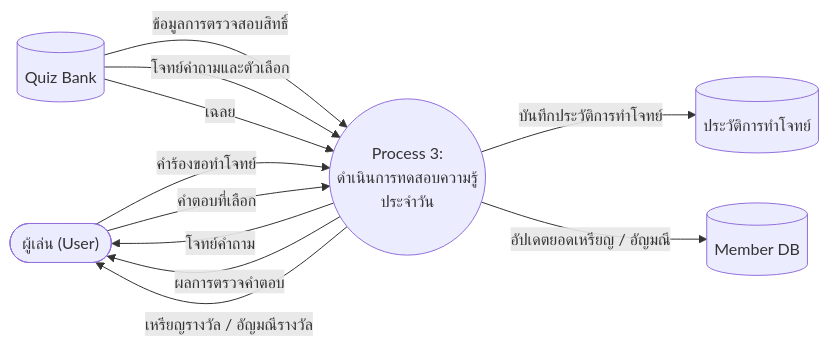
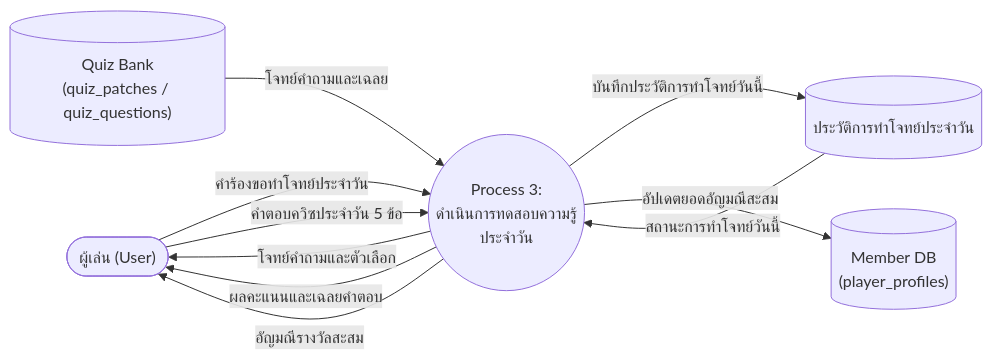
The fourth of 7 diagrams in Docs/5_Timeline.md (thanapatcsw/GameCardClientUodate), drawn with Mermaid before and after one commit. The commit also changed other lines of this file and 203 other files, not shown here.

````diff
--- a/Docs/5_Timeline.md
+++ b/Docs/5_Timeline.md
@@ -137,26 +161,25 @@
         ```mermaid
         graph LR
             User(["ผู้เล่น (User)"])
             P3(("Process 3:<br>ดำเนินการทดสอบความรู้<br>ประจำวัน"))
 
             %% Datastores
-            QuizBank[("Quiz Bank")]
-            QuizHistory[("ประวัติการทำโจทย์")]
-            MemberDB[("Member DB")]
+            QuizBank[("Quiz Bank<br>(quiz_patches / quiz_questions)")]
+            QuizHistory[("ประวัติการทำโจทย์ประจำวัน")]
+            MemberDB[("Member DB<br>(player_profiles)")]
 
             %% User to P3
-            User -->|คำร้องขอทำโจทย์| P3
-            User -->|คำตอบที่เลือก| P3
+            User -->|คำร้องขอทำโจทย์ประจำวัน| P3
+            User -->|คำตอบควิซประจำวัน 5 ข้อ| P3
 
             %% P3 to User
-            P3 -->|โจทย์คำถาม| User
-            P3 -->|ผลการตรวจคำตอบ| User
-            P3 -->|เหรียญรางวัล / อัญมณีรางวัล| User
+            P3 -->|โจทย์คำถามและตัวเลือก| User
+            P3 -->|ผลคะแนนและเฉลยคำตอบ| User
+            P3 -->|อัญมณีรางวัลสะสม| User
 
             %% P3 and Datastores
-            QuizBank -->|ข้อมูลการตรวจสอบสิทธิ์| P3
-            QuizBank -->|โจทย์คำถามและตัวเลือก| P3
-            QuizBank -->|เฉลย| P3
-            P3 -->|บันทึกประวัติการทำโจทย์| QuizHistory
-            P3 -->|อัปเดตยอดเหรียญ / อัญมณี| MemberDB
+            QuizBank -->|โจทย์คำถามและเฉลย| P3
+            P3 -->|บันทึกประวัติการทำโจทย์วันนี้| QuizHistory
+            QuizHistory -->|สถานะการทำโจทย์วันนี้| P3
+            P3 -->|อัปเดตยอดอัญมณีสะสม| MemberDB
         ```
````
